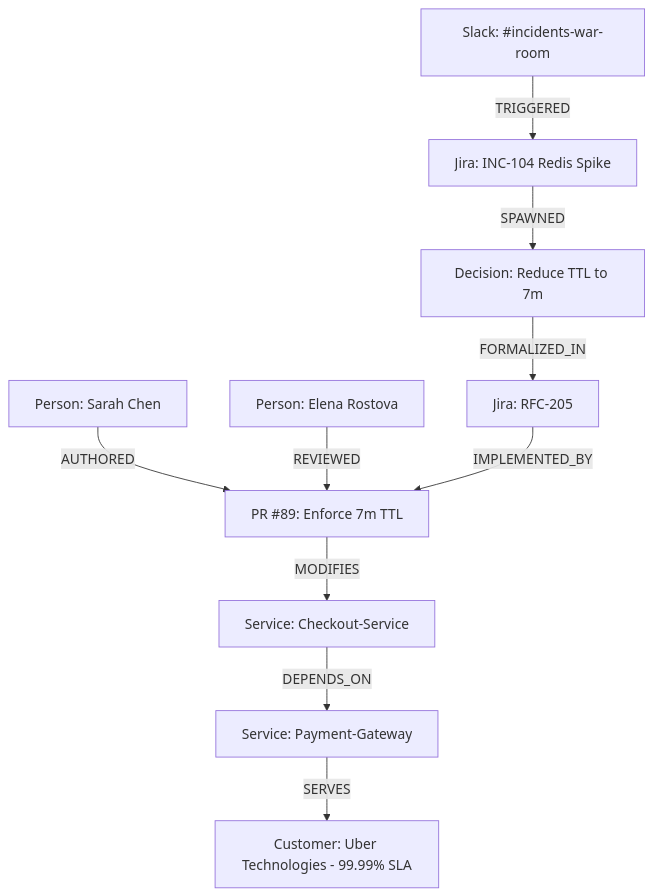
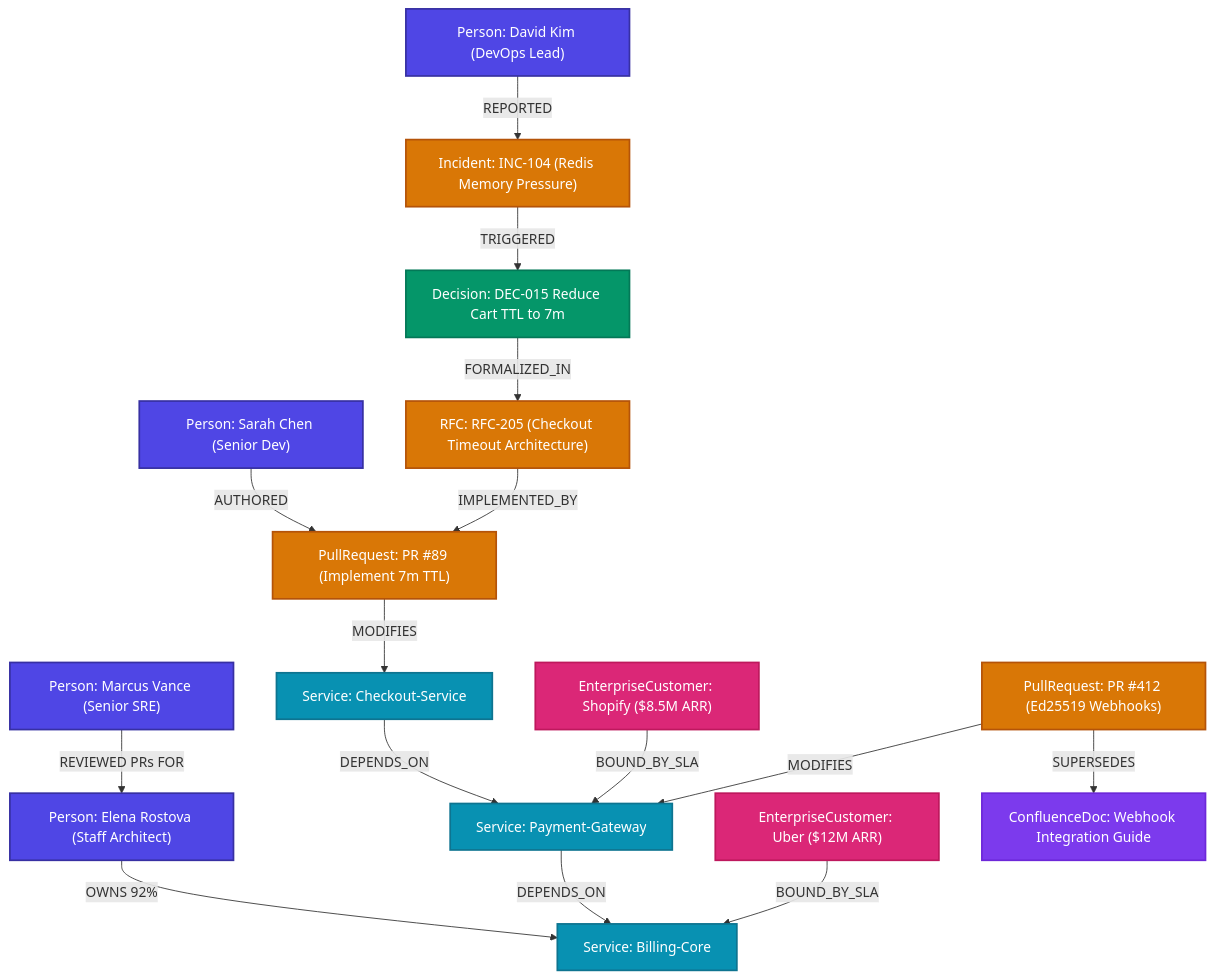
One commit to OmUmale19/archeology changed the diagram in BLOG_POST.md. Above: the diagram before and after it, drawn with Mermaid. The commit also changed other lines of this file, not shown here.

````diff
--- a/BLOG_POST.md
+++ b/BLOG_POST.md
@@ -38,12 +112,50 @@
 ```mermaid
 graph TD
-    Person[Person: Sarah Chen] -->|AUTHORED| PR[PR #89: Enforce 7m TTL]
-    Elena[Person: Elena Rostova] -->|REVIEWED| PR
-    Incident[Slack: #incidents-war-room] -->|TRIGGERED| Jira[Jira: INC-104 Redis Spike]
-    Jira -->|SPAWNED| Decision[Decision: Reduce TTL to 7m]
-    Decision -->|FORMALIZED_IN| RFC[Jira: RFC-205]
-    RFC -->|IMPLEMENTED_BY| PR
-    PR -->|MODIFIES| Service[Service: Checkout-Service]
-    Service -->|DEPENDS_ON| PGW[Service: Payment-Gateway]
-    PGW -->|SERVES| Customer[Customer: Uber Technologies - 99.99% SLA]
+    classDef person fill:#4f46e5,stroke:#3730a3,stroke-width:2px,color:#fff;
+    classDef service fill:#0891b2,stroke:#0e7490,stroke-width:2px,color:#fff;
+    classDef decision fill:#059669,stroke:#047857,stroke-width:2px,color:#fff;
+    classDef ticket fill:#d97706,stroke:#b45309,stroke-width:2px,color:#fff;
+    classDef customer fill:#db2777,stroke:#be185d,stroke-width:2px,color:#fff;
+    classDef doc fill:#7c3aed,stroke:#6d28d9,stroke-width:2px,color:#fff;
+
+    P1["Person: Elena Rostova (Staff Architect)"]:::person
+    P2["Person: Marcus Vance (Senior SRE)"]:::person
+    P3["Person: Sarah Chen (Senior Dev)"]:::person
+    P4["Person: David Kim (DevOps Lead)"]:::person
+
+    S1["Service: Billing-Core"]:::service
+    S2["Service: Payment-Gateway"]:::service
+    S3["Service: Checkout-Service"]:::service
+
+    DEC1["Decision: DEC-015 Reduce Cart TTL to 7m"]:::decision
+    
+    T1["Incident: INC-104 (Redis Memory Pressure)"]:::ticket
+    T2["RFC: RFC-205 (Checkout Timeout Architecture)"]:::ticket
+    PR1["PullRequest: PR #89 (Implement 7m TTL)"]:::ticket
+    PR2["PullRequest: PR #412 (Ed25519 Webhooks)"]:::ticket
+    
+    C1["EnterpriseCustomer: Uber ($12M ARR)"]:::customer
+    C2["EnterpriseCustomer: Shopify ($8.5M ARR)"]:::customer
+
+    DOC1["ConfluenceDoc: Webhook Integration Guide"]:::doc
+
+    %% Relationships
+    P1 -->|OWNS 92%| S1
+    P2 -->|REVIEWED PRs FOR| P1
+    P3 -->|AUTHORED| PR1
+    P4 -->|REPORTED| T1
+
+    S2 -->|DEPENDS_ON| S1
+    S3 -->|DEPENDS_ON| S2
+
+    C1 -->|BOUND_BY_SLA| S1
+    C2 -->|BOUND_BY_SLA| S2
+
+    T1 -->|TRIGGERED| DEC1
+    DEC1 -->|FORMALIZED_IN| T2
+    T2 -->|IMPLEMENTED_BY| PR1
+    PR1 -->|MODIFIES| S3
+
+    PR2 -->|SUPERSEDES| DOC1
+    PR2 -->|MODIFIES| S2
 ```
````
